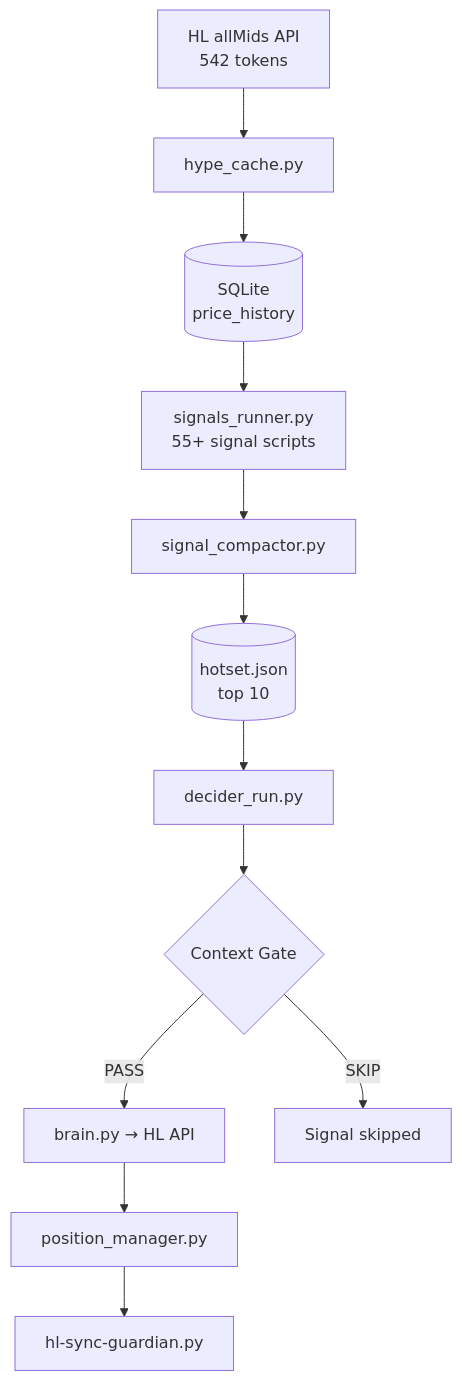
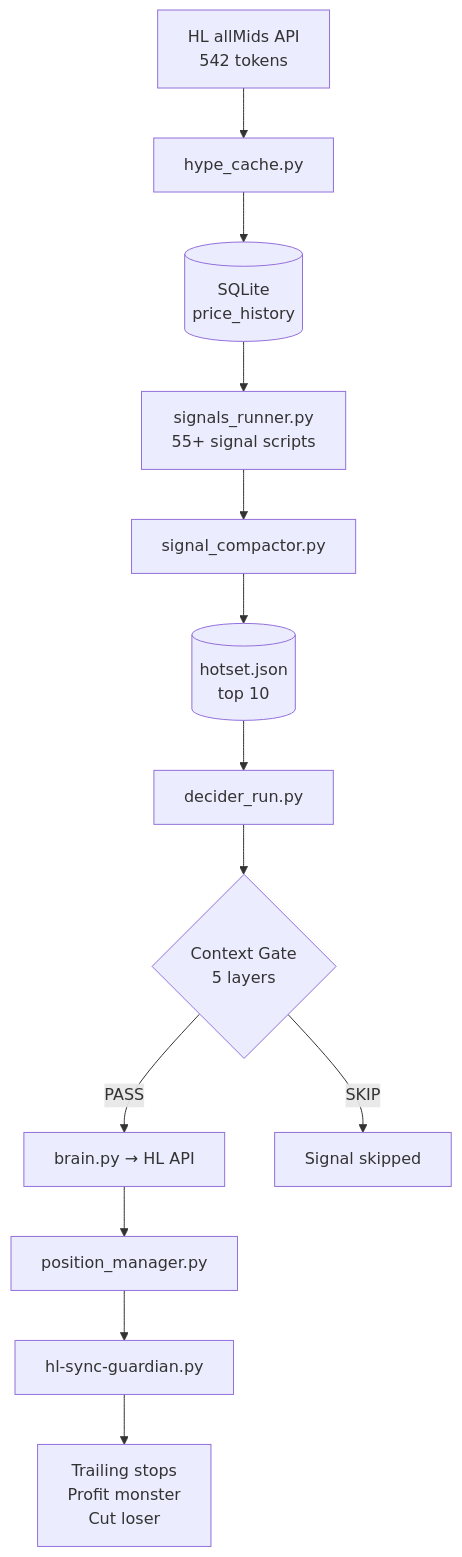
One commit to ghosteeeeeeee/ATM changed the diagram in README.md. Above: the diagram before and after it, drawn with Mermaid. The commit also changed other lines of this file and 2 other files, not shown here.

Commit message:
Update README with dashboard screenshots, coin tracker, context gate docs, and visual pipeline summary

````diff
--- a/README.md
+++ b/README.md
@@ -19,14 +38,15 @@
 ```mermaid
 flowchart TD
     HL[HL allMids API<br/>542 tokens] --> HC[hype_cache.py]
     HC --> SQLite[(SQLite<br/>price_history)]
     SQLite --> SR[signals_runner.py<br/>55+ signal scripts]
     SR --> SC[signal_compactor.py]
     SC --> HS[(hotset.json<br/>top 10)]
     HS --> DR[decider_run.py]
-    DR --> CG{Context Gate}
+    DR --> CG{Context Gate<br/>5 layers}
     CG -->|PASS| BRAIN[brain.py → HL API]
     CG -->|SKIP| SKIP[Signal skipped]
     BRAIN --> PM[position_manager.py]
     PM --> GUARD[hl-sync-guardian.py]
+    GUARD --> CLOSE[Trailing stops<br/>Profit monster<br/>Cut loser]
 ```
````
